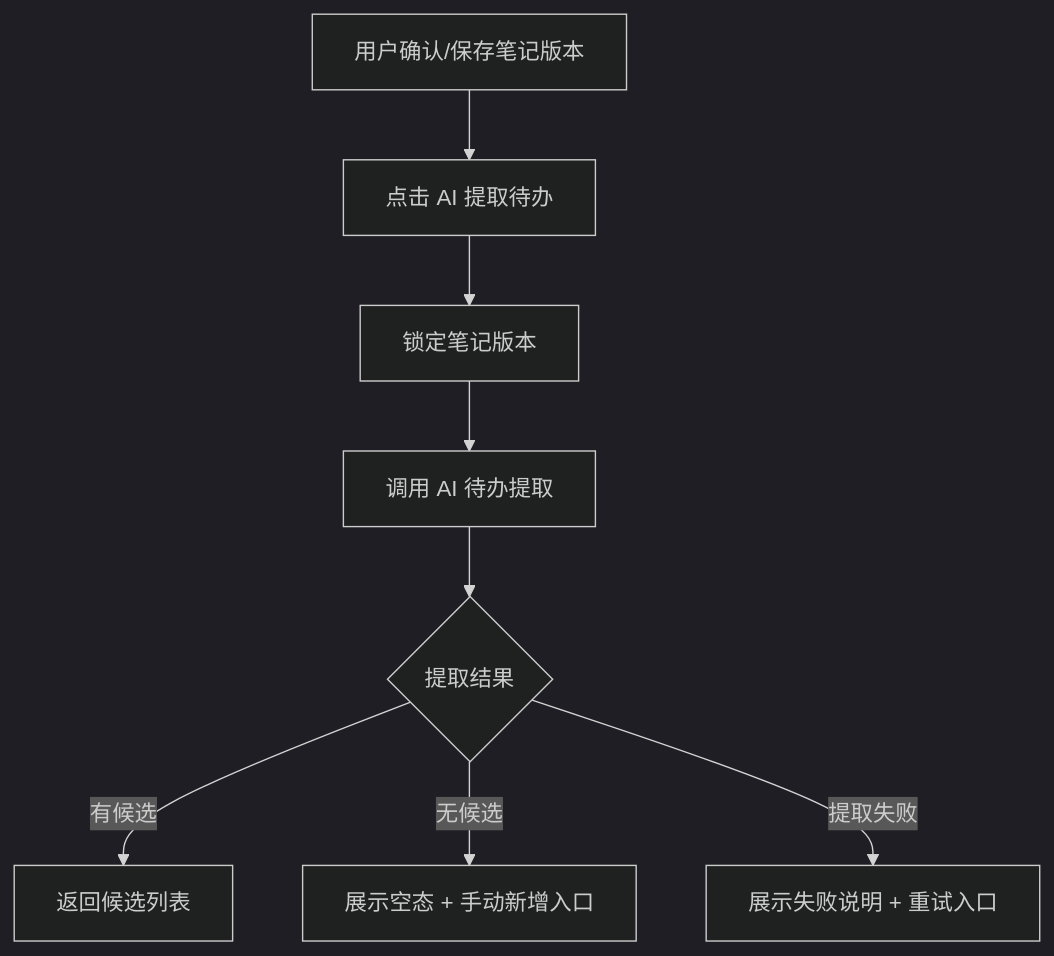
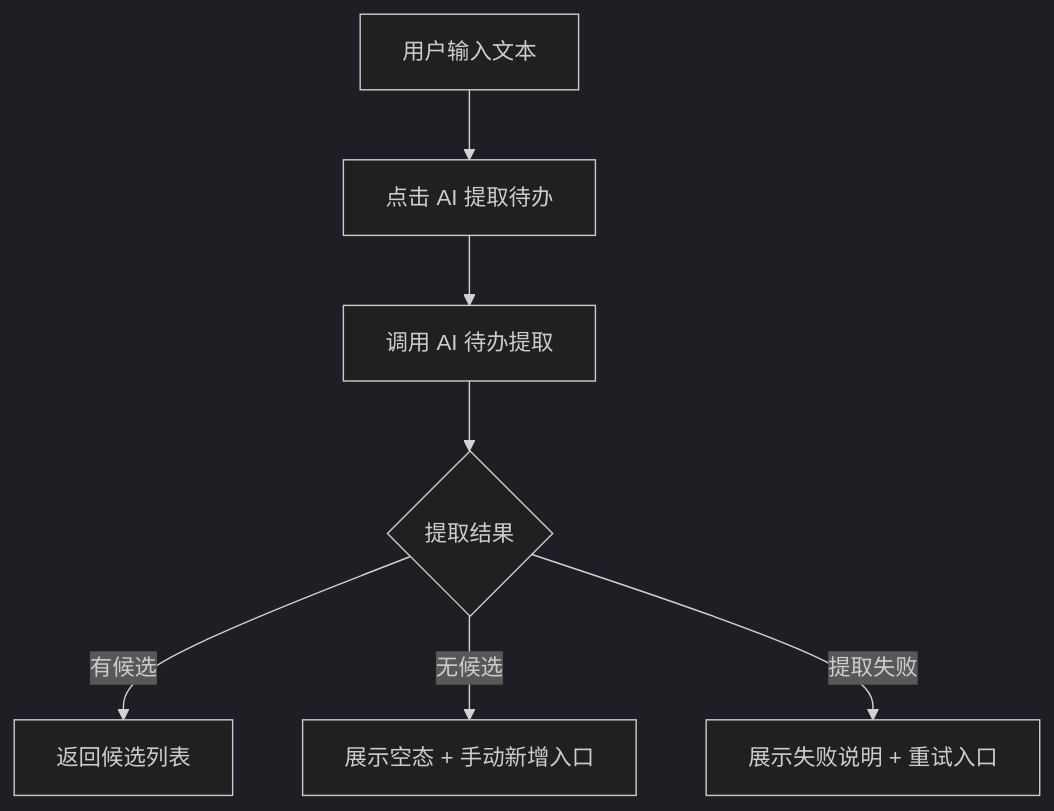
The third of 5 diagrams in docs/需求文档/20260726-【PRD】AI工作台-会议纪要生成待办（MVP）-天马智擎项目.md (fri555/PORTL), drawn with Mermaid (dark theme) before and after one commit. The commit also changed other lines of this file, not shown here.

````diff
--- a/docs/需求文档/20260726-【PRD】AI工作台-会议纪要生成待办（MVP）-天马智擎项目.md
+++ b/docs/需求文档/20260726-【PRD】AI工作台-会议纪要生成待办（MVP）-天马智擎项目.md
@@ -227,10 +227,9 @@
 ```mermaid
 flowchart TD
-    A["用户确认/保存笔记版本"] --> B["点击 AI 提取待办"]
-    B --> C["锁定笔记版本"]
-    C --> D["调用 AI 待办提取"]
-    D --> E{"提取结果"}
-    E -->|"有候选"| F["返回候选列表"]
-    E -->|"无候选"| G["展示空态 + 手动新增入口"]
-    E -->|"提取失败"| H["展示失败说明 + 重试入口"]
+    A["用户输入文本"] --> B["点击 AI 提取待办"]
+    B --> C["调用 AI 待办提取"]
+    C --> D{"提取结果"}
+    D -->|"有候选"| E["返回候选列表"]
+    D -->|"无候选"| F["展示空态 + 手动新增入口"]
+    D -->|"提取失败"| G["展示失败说明 + 重试入口"]
 ```
````
